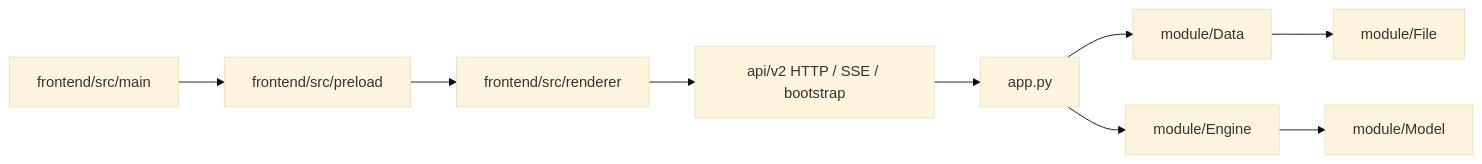
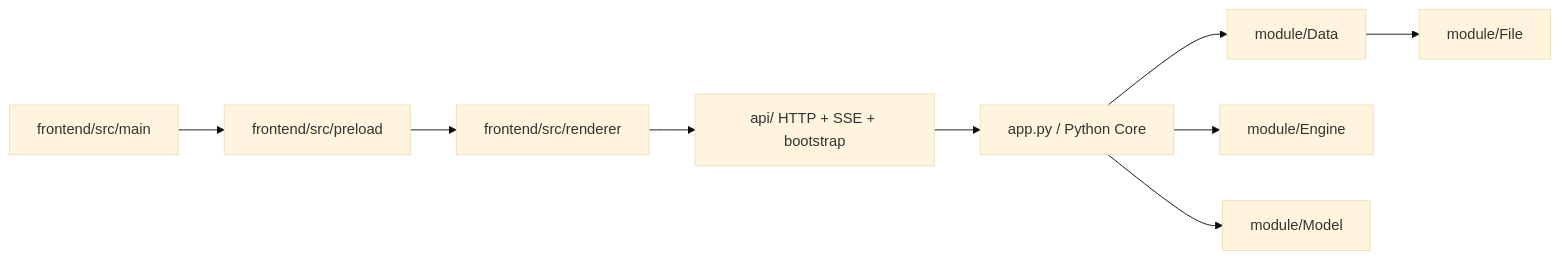
One commit to neavo/LinguaGacha changed the first of 2 diagrams in docs/ARCHITECTURE.md. Above: the diagram before and after it, drawn with Mermaid (base theme). The commit also changed other lines of this file and 99 other files, not shown here.

````diff
--- a/docs/ARCHITECTURE.md
+++ b/docs/ARCHITECTURE.md
@@ -7,11 +7,11 @@
 ```mermaid
 flowchart LR
     A["frontend/src/main"] --> B["frontend/src/preload"]
     B --> C["frontend/src/renderer"]
-    C --> D["api/v2 HTTP / SSE / bootstrap"]
-    D --> E["app.py"]
+    C --> D["api/ HTTP + SSE + bootstrap"]
+    D --> E["app.py / Python Core"]
     E --> F["module/Data"]
     E --> G["module/Engine"]
     F --> H["module/File"]
-    G --> I["module/Model"]
+    E --> I["module/Model"]
 ```
````
